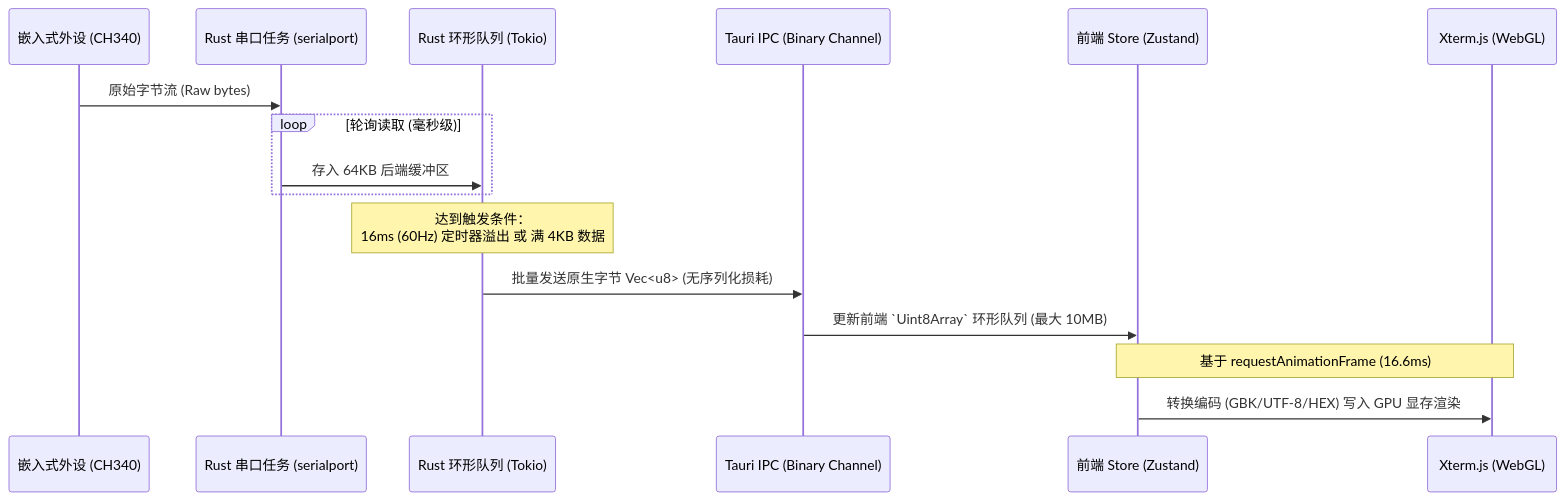
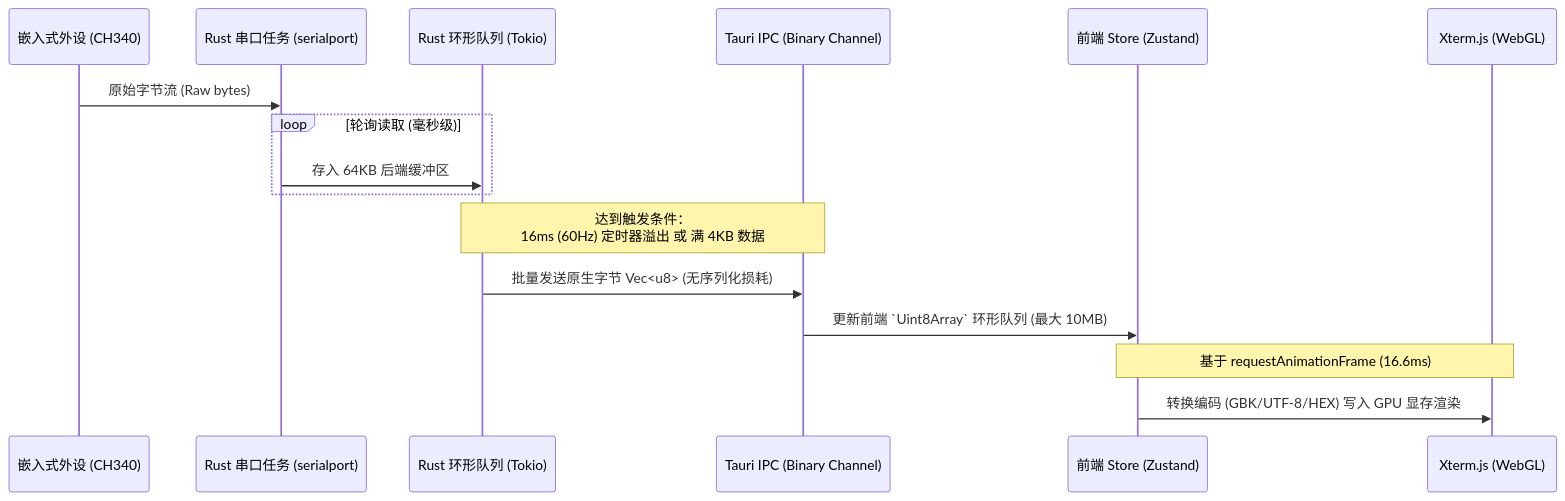
Before and after one commit to RoninQiu/OhMySerialHelper: the first of 2 diagrams in docs/plans/2026-05-29-OhMySerial-design.md, drawn with Mermaid. The commit also changed other lines of this file, not shown here.

````diff
--- a/docs/plans/2026-05-29-OhMySerial-design.md
+++ b/docs/plans/2026-05-29-OhMySerial-design.md
@@ -115,19 +122,19 @@
 ```mermaid
 sequenceDiagram
     participant MCU as 嵌入式外设 (CH340)
     participant Rust as Rust 串口任务 (serialport)
     participant Buf as Rust 环形队列 (Tokio)
     participant IPC as Tauri IPC (Binary Channel)
     participant Frontend as 前端 Store (Zustand)
     participant UI as Xterm.js (WebGL)
 
     MCU->>Rust: 原始字节流 (Raw bytes)
     loop 轮询读取 (毫秒级)
         Rust->>Buf: 存入 64KB 后端缓冲区
     end
-    Note over Buf: 达到触发条件：<br/>16ms (60Hz) 定时器溢出 或 满 4KB 数据
+    Note over Buf,IPC: 达到触发条件：<br/>16ms (60Hz) 定时器溢出 或 满 4KB 数据
     Buf->>IPC: 批量发送原生字节 Vec<u8> (无序列化损耗)
     IPC->>Frontend: 更新前端 `Uint8Array` 环形队列 (最大 10MB)
-    Note over Frontend, UI: 基于 requestAnimationFrame (16.6ms)
+    Note over Frontend,UI: 基于 requestAnimationFrame (16.6ms)
     Frontend->>UI: 转换编码 (GBK/UTF-8/HEX) 写入 GPU 显存渲染
 ```
````
